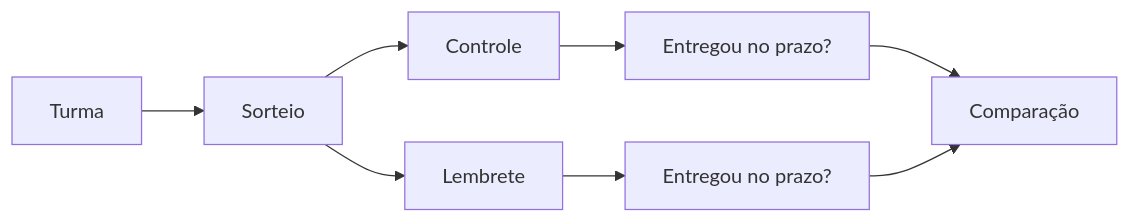
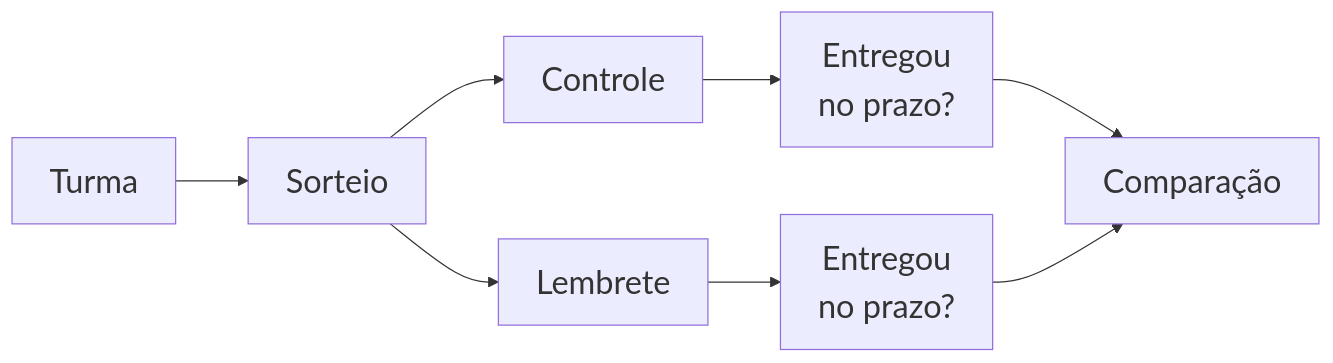
One commit to heitorramos/icd changed the first of 2 diagrams in slides/02-causalidade.qmd. Above: the diagram before and after it, drawn with Mermaid. The commit also changed other lines of this file and 2 other files, not shown here.

Commit message:
Aprimora diagramas e retrato na aula 02

````diff
--- a/slides/02-causalidade.qmd
+++ b/slides/02-causalidade.qmd
@@ -340,10 +340,13 @@
 ```{mermaid}
+%%| fig-width: 13
+%%| fig-height: 6
+%%{init: {"themeVariables": {"fontSize": "26px"}, "flowchart": {"nodeSpacing": 54, "rankSpacing": 58, "useMaxWidth": true}}}%%
 flowchart LR
   A["Turma"] --> B["Sorteio"]
   B --> C["Controle"]
   B --> D["Lembrete"]
-  C --> E["Entregou no prazo?"]
-  D --> F["Entregou no prazo?"]
+  C --> E["Entregou<br/>no prazo?"]
+  D --> F["Entregou<br/>no prazo?"]
   E --> G["Comparação"]
   F --> G
 ```
````
